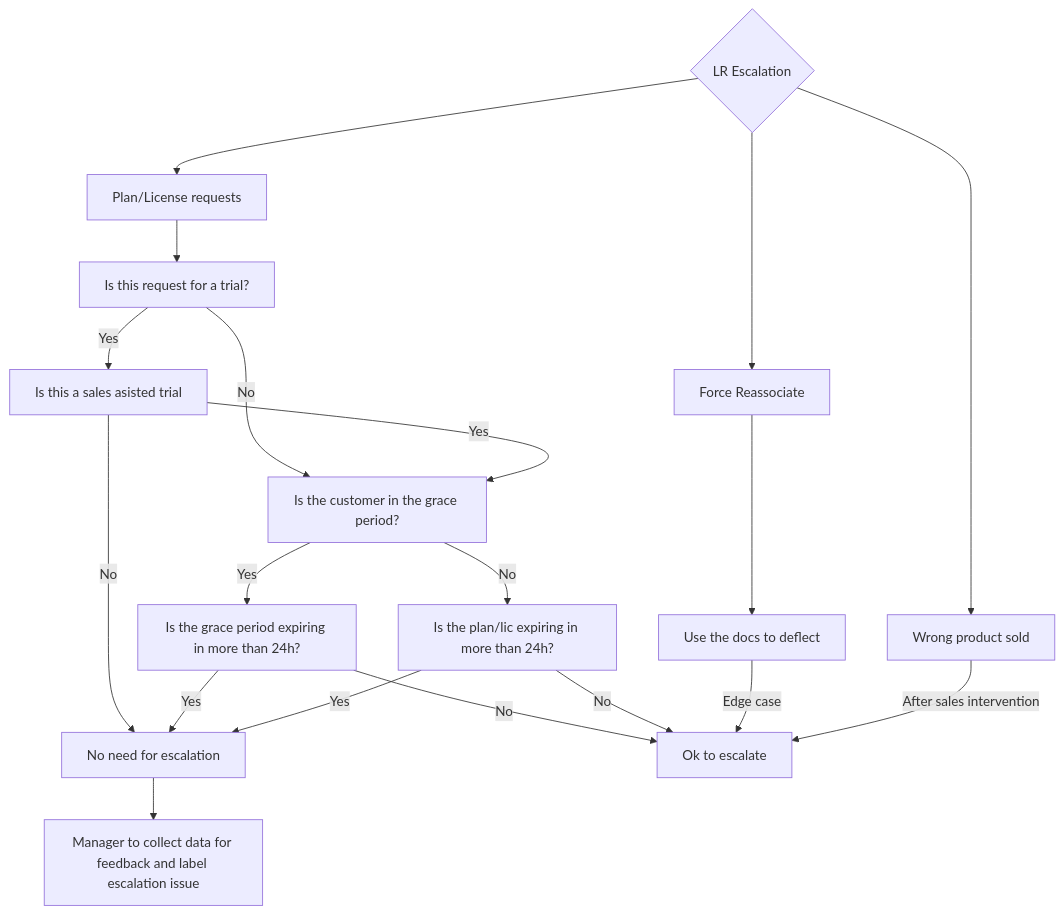
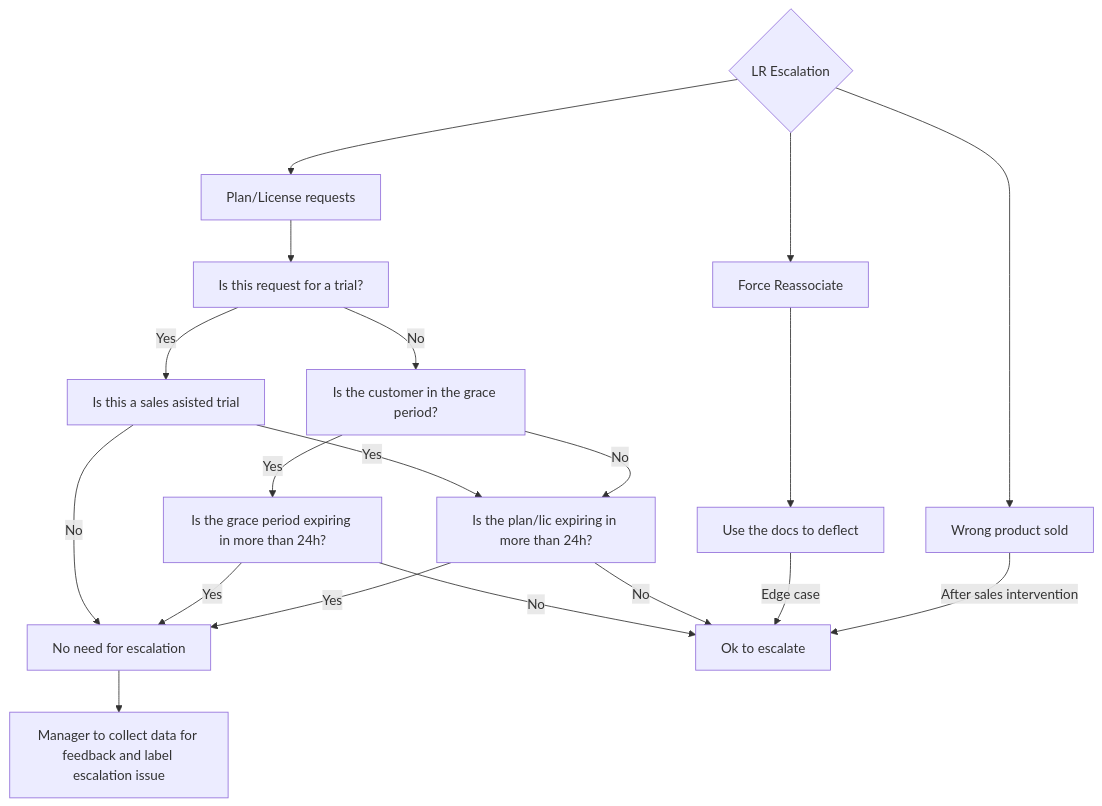
One commit to secretstartups/handbook changed the diagram in support/license-and-renewals/workflows/managers_working_with_extensions.html.md. Above: the diagram before and after it, drawn with Mermaid.

Commit message:
Trials don't have grace periods

````diff
--- a/support/license-and-renewals/workflows/managers_working_with_extensions.html.md
+++ b/support/license-and-renewals/workflows/managers_working_with_extensions.html.md
@@ -25,21 +25,21 @@
 ```mermaid
 graph TD
     A{LR Escalation}--> C[Plan/License requests]
     C-->T[Is this request for a trial?]
     T-->|No|G[Is the customer in the grace period?]
     T-->|Yes|SA[Is this a sales asisted trial]
-    SA-->|Yes|G
+    SA-->|Yes|Exp
     SA-->|No|No
     G-->|Yes|H[Is the grace period expiring in more than 24h?]
     G-->|No| Exp[Is the plan/lic expiring in more than 24h?]
     H-->|Yes|No[No need for escalation]
     H-->|No|Pass[Ok to escalate]
     Exp-->|Yes| No
     Exp-->|No|Pass
     No-->X[Manager to collect data for feedback and label escalation issue]
     A-->WP[Wrong product sold]
     A-->FR[Force Reassociate]
     FR--->FR1[Use the docs to deflect]
     FR1-->|Edge case|Pass
     WP-->|After sales intervention|Pass
 ```
````
